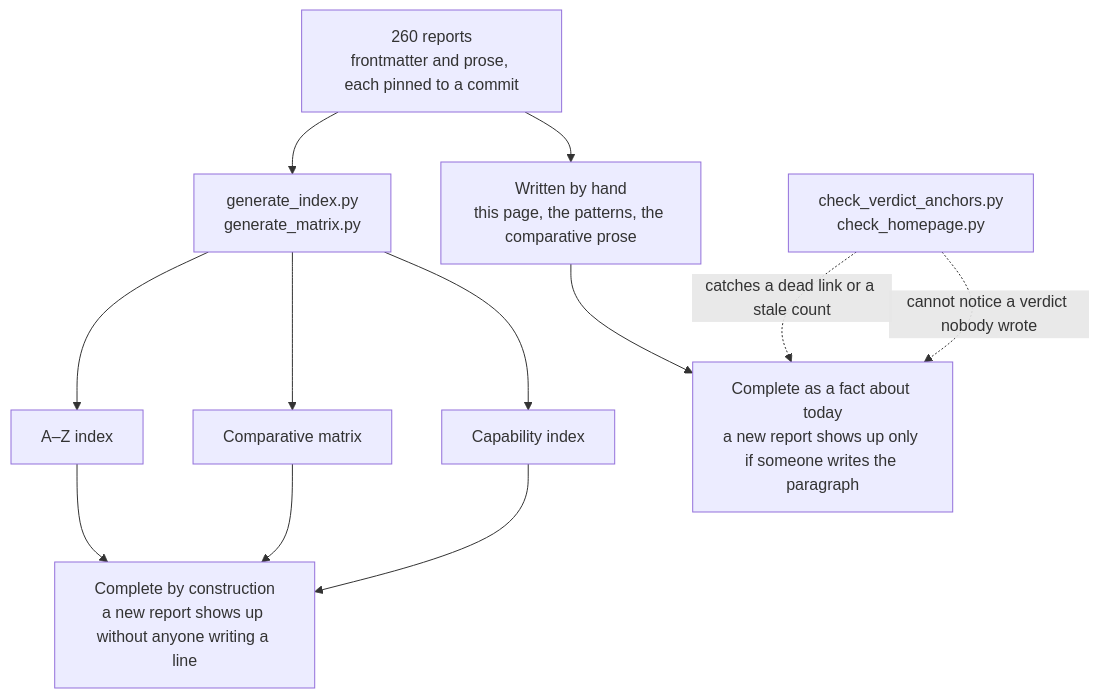
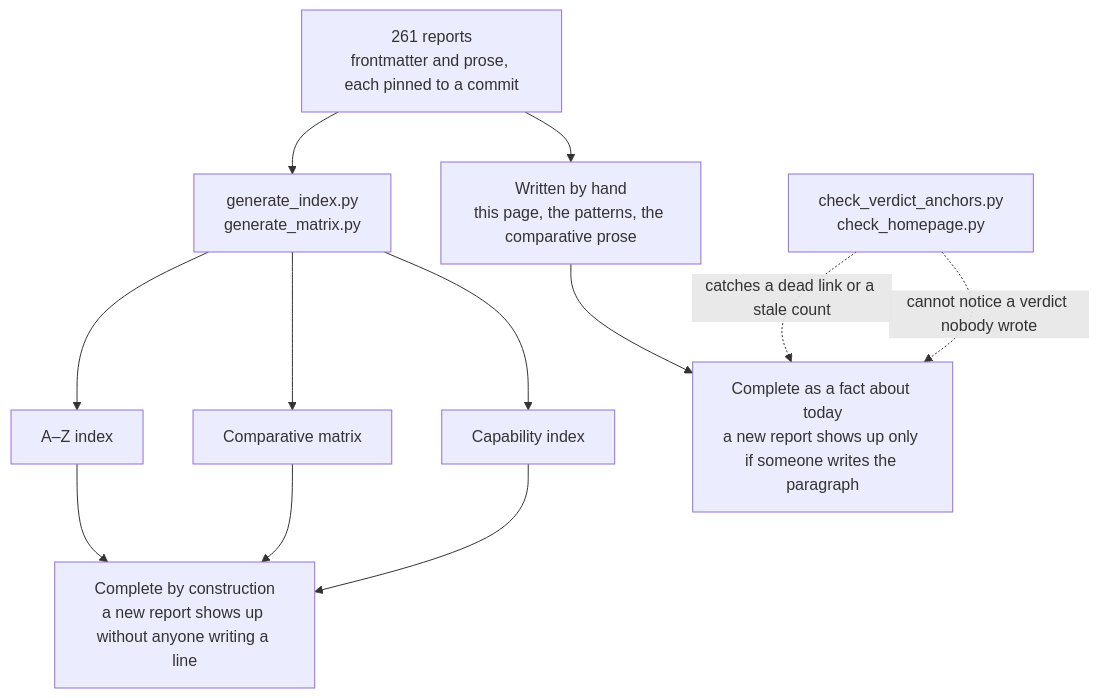
The diagram in content/verdicts.md (neoneye/agent-memory-atlas), drawn with Mermaid before and after one commit. The commit also changed other lines of this file and 19 other files, not shown here.

````diff
--- a/content/verdicts.md
+++ b/content/verdicts.md
@@ -40,15 +40,15 @@
 ```mermaid
 flowchart TD
-    R["260 reports<br/>frontmatter and prose, each pinned to a commit"]
+    R["261 reports<br/>frontmatter and prose, each pinned to a commit"]
     R --> GEN["generate_index.py<br/>generate_matrix.py"]
     R --> HAND["Written by hand<br/>this page, the patterns, the comparative prose"]
     GEN --> AZ["A–Z index"]
     GEN --> MX["Comparative matrix"]
     GEN --> CI["Capability index"]
     AZ --> CONST["Complete by construction<br/>a new report shows up without anyone writing a line"]
     MX --> CONST
     CI --> CONST
     HAND --> TODAY["Complete as a fact about today<br/>a new report shows up only if someone writes the paragraph"]
     CHK["check_verdict_anchors.py<br/>check_homepage.py"] -.->|"catches a dead link or a stale count"| TODAY
     CHK -.->|"cannot notice a verdict nobody wrote"| TODAY
 ```
````
